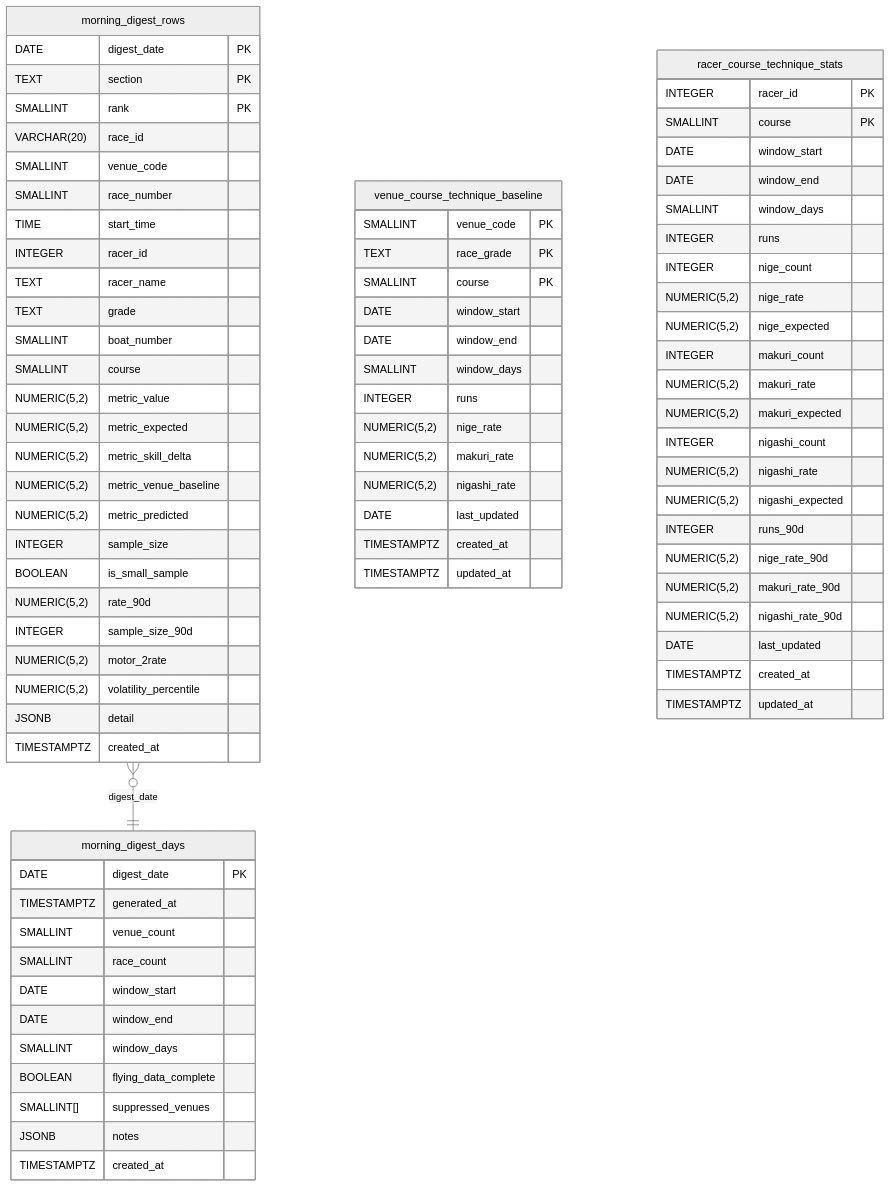
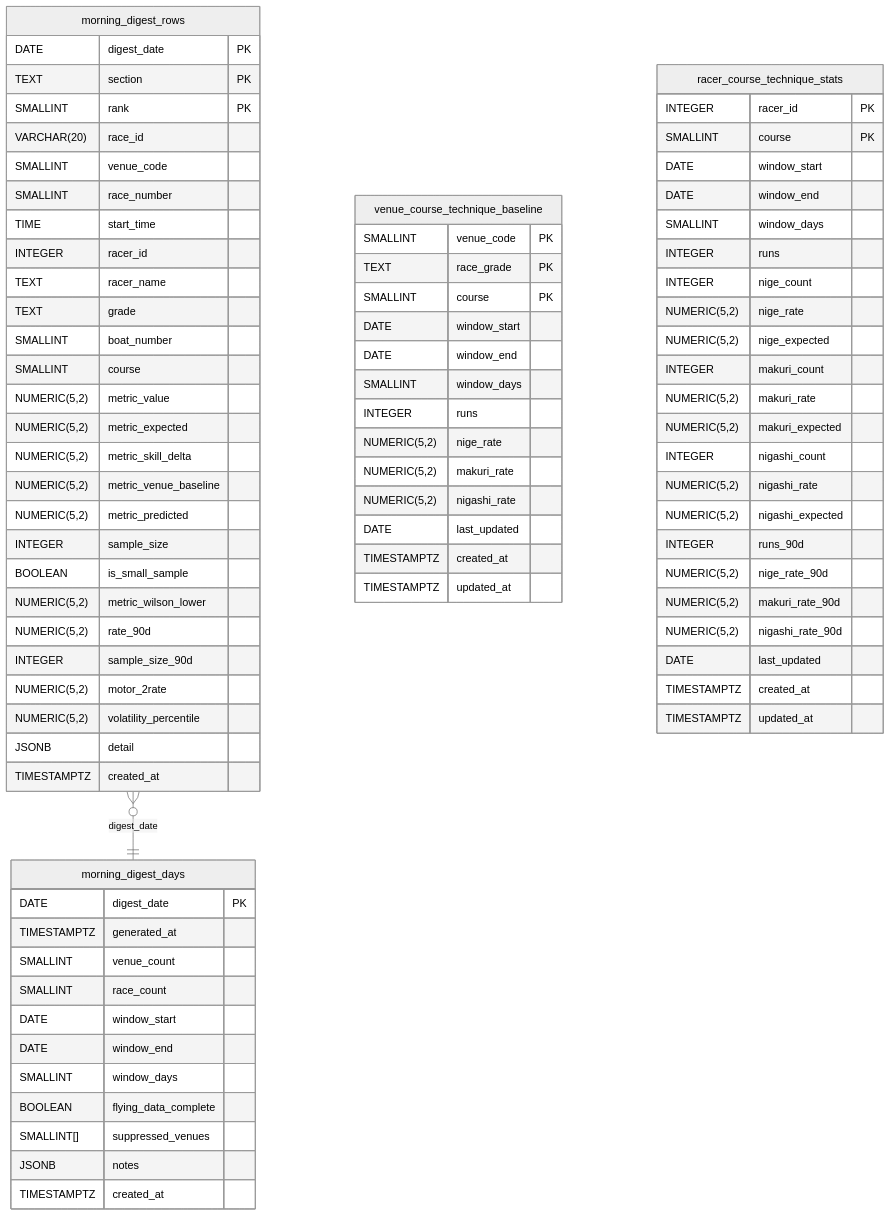
Before and after one commit to rhapsody0919/boatrace-ai-predictor: the second of 2 diagrams in docs/design/morning-data-digest/plan.md, drawn with Mermaid (neutral theme). The commit also changed other lines of this file and 5 other files, not shown here.

```diff
--- a/docs/design/morning-data-digest/plan.md
+++ b/docs/design/morning-data-digest/plan.md
@@ -151,6 +151,7 @@
         NUMERIC(5,2) metric_predicted
         INTEGER sample_size
         BOOLEAN is_small_sample
+        NUMERIC(5,2) metric_wilson_lower
         NUMERIC(5,2) rate_90d
         INTEGER sample_size_90d
         NUMERIC(5,2) motor_2rate
```
